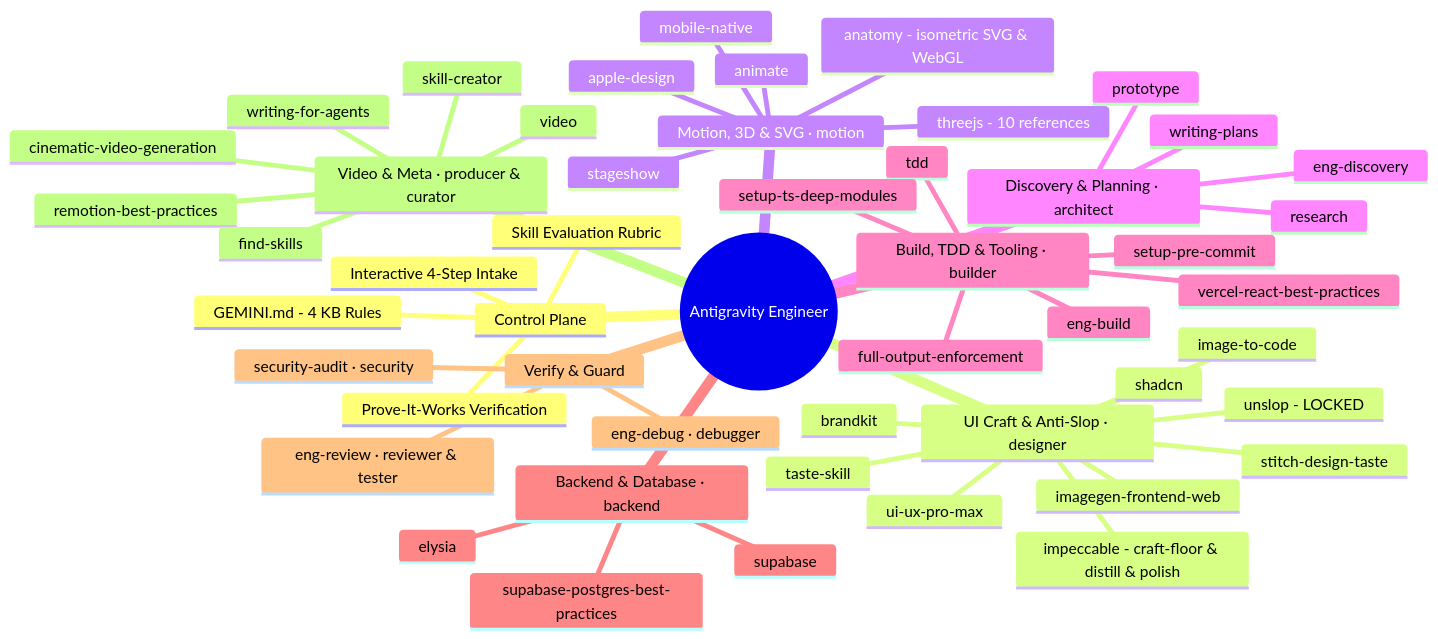
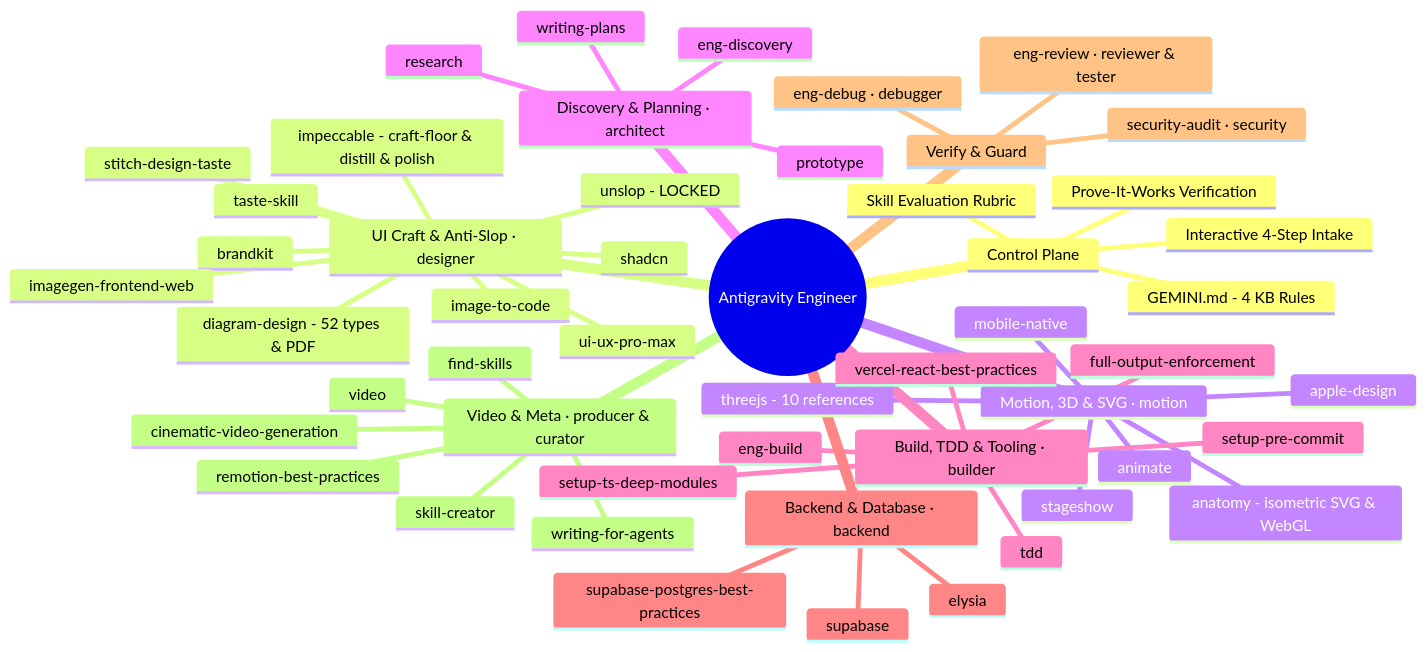
Before and after one commit to itsjamiedev/Antigravity-Engineer: the third of 3 diagrams in README.md, drawn with Mermaid. The commit also changed other lines of this file and 331 other files, not shown here.

Commit message:
feat(skills,rules): integrate diagram-design (38 skills), Playwright PDF/PNG export, and implementation_plan.md enforcement

````diff
--- a/README.md
+++ b/README.md
@@ -167,53 +167,54 @@
 ```mermaid
 mindmap
   root((Antigravity Engineer))
     Control Plane
       GEMINI.md - 4 KB Rules
       Interactive 4-Step Intake
       Prove-It-Works Verification
       Skill Evaluation Rubric
     UI Craft & Anti-Slop · designer
       unslop - LOCKED
       impeccable - craft-floor & distill & polish
       taste-skill
       ui-ux-pro-max
       shadcn
       stitch-design-taste
       brandkit
+      diagram-design - 52 types & PDF
       imagegen-frontend-web
       image-to-code
     Motion, 3D & SVG · motion
       animate
       anatomy - isometric SVG & WebGL
       apple-design
       mobile-native
       stageshow
       threejs - 10 references
     Discovery & Planning · architect
       eng-discovery
       writing-plans
       prototype
       research
     Build, TDD & Tooling · builder
       eng-build
       tdd
       full-output-enforcement
       setup-pre-commit
       setup-ts-deep-modules
       vercel-react-best-practices
     Backend & Database · backend
       elysia
       supabase
       supabase-postgres-best-practices
     Verify & Guard
       eng-debug · debugger
       eng-review · reviewer & tester
       security-audit · security
     Video & Meta · producer & curator
       remotion-best-practices
       cinematic-video-generation
       video
       skill-creator
       writing-for-agents
       find-skills
 ```
````
